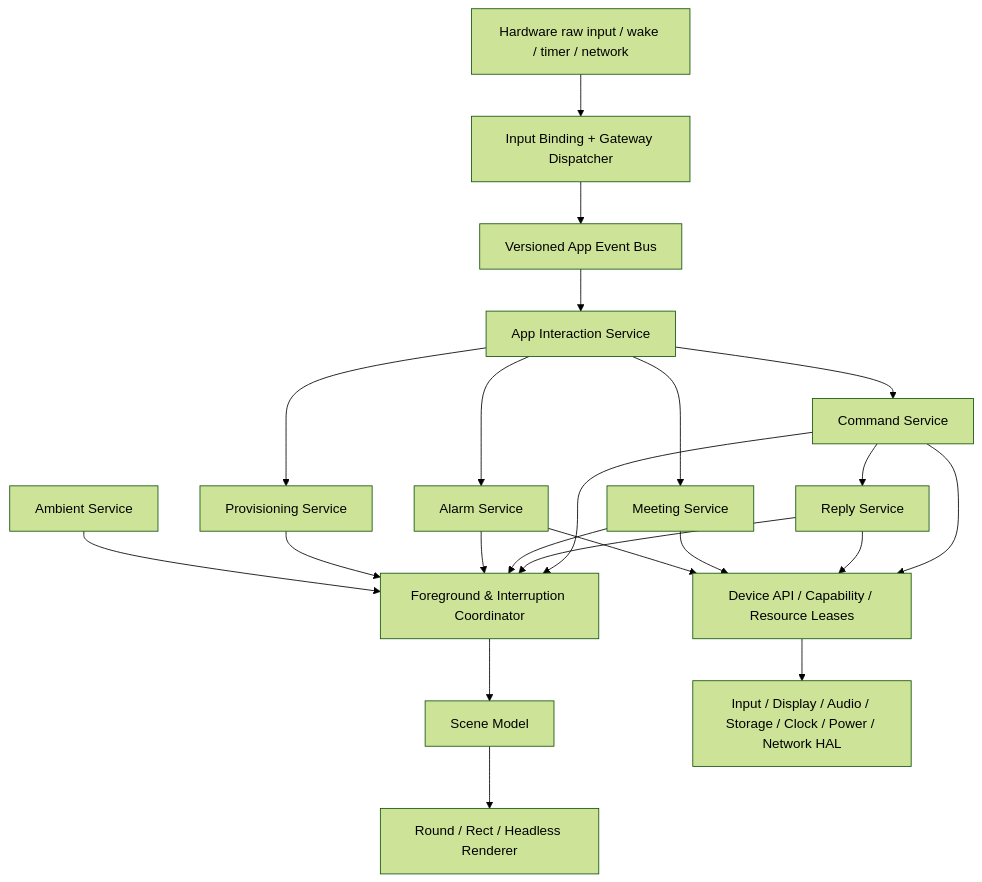
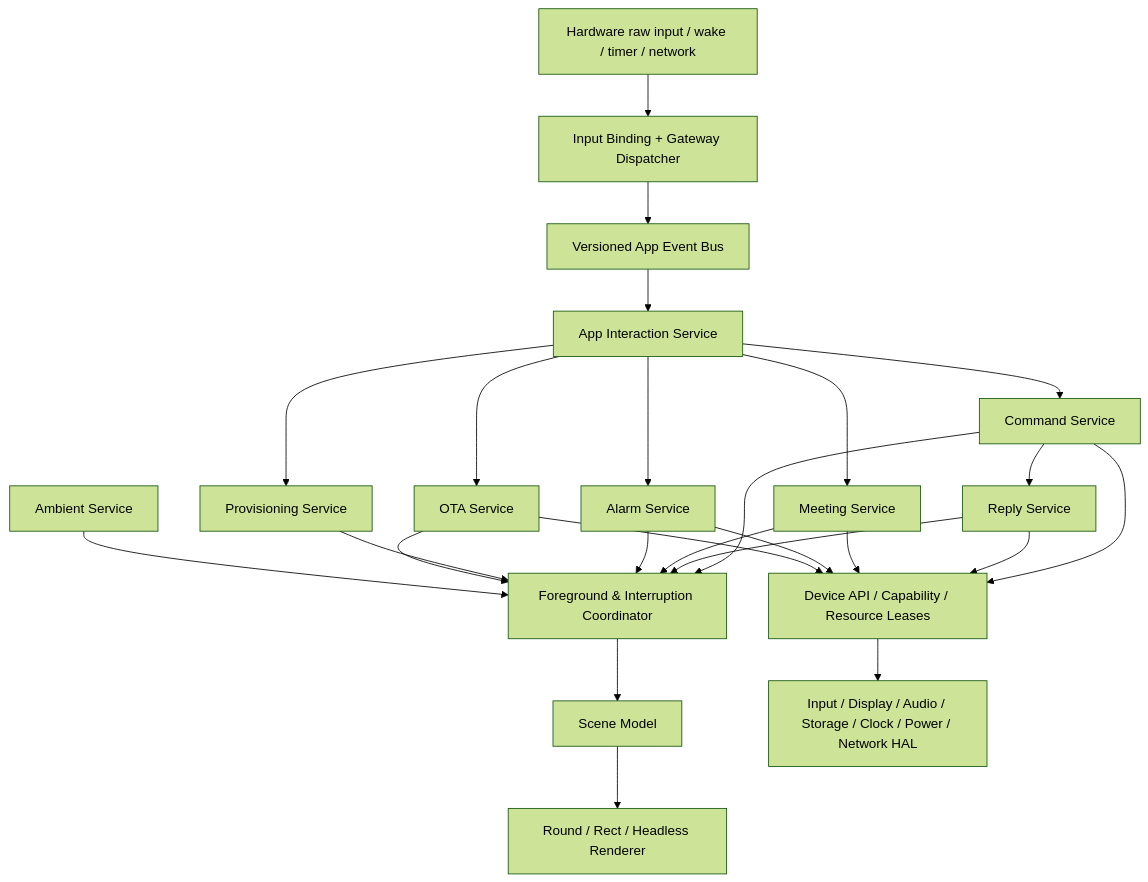
The first of 2 diagrams in docs/design/esp32-business-layer-feature-development-plan-zh.md (RapidAI/MaClaw), drawn with Mermaid (forest theme) before and after one commit. The commit also changed other lines of this file and 37 other files, not shown here.

````diff
--- a/docs/design/esp32-business-layer-feature-development-plan-zh.md
+++ b/docs/design/esp32-business-layer-feature-development-plan-zh.md
@@ -283,38 +286,42 @@
 ```mermaid
 flowchart TB
     RAW["Hardware raw input / wake / timer / network"]
     ADAPTER["Input Binding + Gateway Dispatcher"]
     BUS["Versioned App Event Bus"]
     APP["App Interaction Service"]
     CMD["Command Service"]
     REPLY["Reply Service"]
     MEET["Meeting Service"]
     ALARM["Alarm Service"]
     PROV["Provisioning Service"]
     AMBIENT["Ambient Service"]
+    OTA["OTA Service"]
     FG["Foreground & Interruption Coordinator"]
     DEVICE["Device API / Capability / Resource Leases"]
     SCENE["Scene Model"]
     RENDER["Round / Rect / Headless Renderer"]
     HAL["Input / Display / Audio / Storage / Clock / Power / Network HAL"]
 
     RAW --> ADAPTER --> BUS
     BUS --> APP
     APP --> CMD
     APP --> MEET
     APP --> ALARM
     APP --> PROV
+    APP --> OTA
     CMD --> REPLY
     CMD --> FG
     REPLY --> FG
     MEET --> FG
     ALARM --> FG
     PROV --> FG
+    OTA --> FG
     AMBIENT --> FG
     FG --> SCENE --> RENDER
     CMD --> DEVICE
     REPLY --> DEVICE
     MEET --> DEVICE
     ALARM --> DEVICE
+    OTA --> DEVICE
     DEVICE --> HAL
 ```
````
